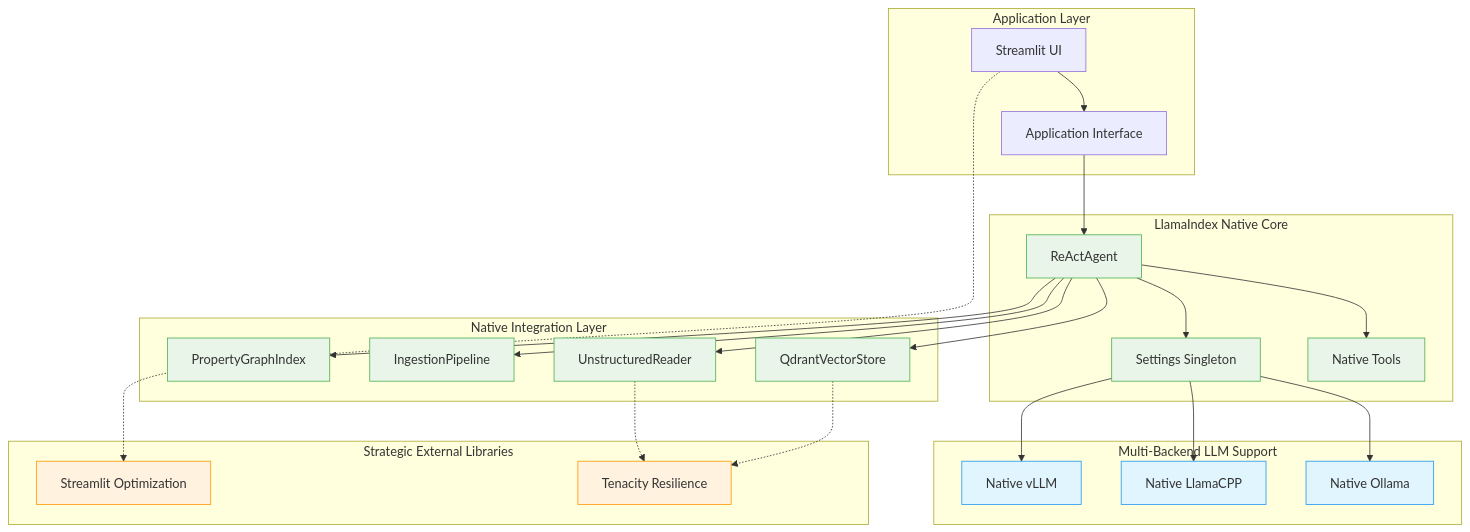
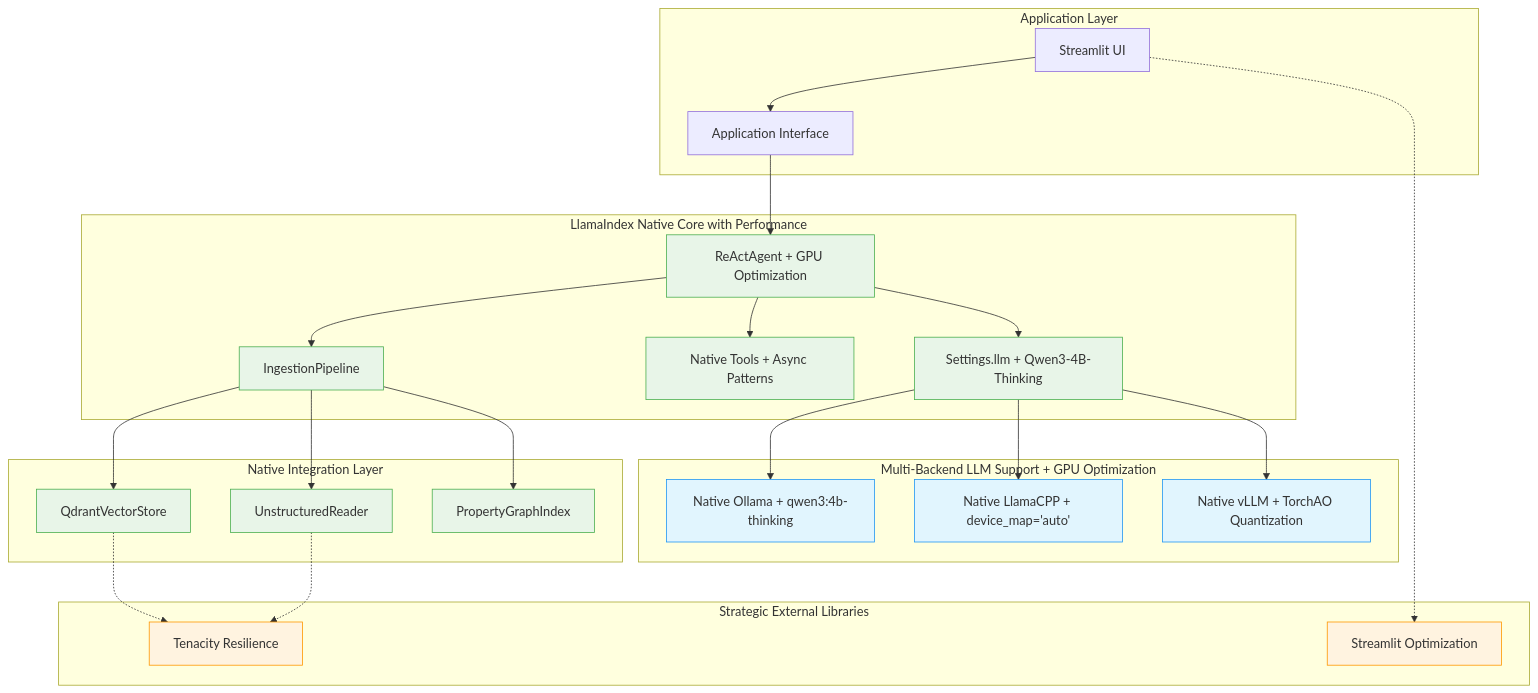
Before and after one commit to BjornMelin/docmind-ai-llm: the diagram in docs/adrs/021-llamaindex-native-architecture-consolidation.md, drawn with Mermaid. The commit also changed other lines of this file and 21 other files, not shown here.

First line of the commit message:
docs(adrs): update architecture decision records for unified LlamaIndex settings and performance enhancements

````diff
--- a/docs/adrs/021-llamaindex-native-architecture-consolidation.md
+++ b/docs/adrs/021-llamaindex-native-architecture-consolidation.md
@@ -119,55 +150,56 @@
 ```mermaid
 graph TB
     subgraph "Application Layer"
         UI[Streamlit UI]
         API[Application Interface]
     end
     
-    subgraph "LlamaIndex Native Core"
-        Settings[Settings Singleton]
-        Agent[ReActAgent]
-        Tools[Native Tools]
+    subgraph "LlamaIndex Native Core with Performance"
+        Settings["Settings.llm + Qwen3-4B-Thinking"]
+        Agent["ReActAgent + GPU Optimization"]
+        Tools["Native Tools + Async Patterns"]
+        Pipeline["QueryPipeline.parallel_run()"]
     end
     
-    subgraph "Multi-Backend LLM Support"
-        Ollama[Native Ollama]
-        LlamaCPP[Native LlamaCPP] 
-        vLLM[Native vLLM]
+    subgraph "Multi-Backend LLM Support + GPU Optimization"
+        Ollama["Native Ollama + qwen3:4b-thinking"]
+        LlamaCPP["Native LlamaCPP + device_map='auto'"]
+        vLLM["Native vLLM + TorchAO Quantization"]
     end
     
     subgraph "Native Integration Layer"
         VectorStore[QdrantVectorStore]
         DocReader[UnstructuredReader]
         Pipeline[IngestionPipeline]
         KnowledgeGraph[PropertyGraphIndex]
     end
     
     subgraph "Strategic External Libraries"
         Tenacity[Tenacity Resilience]
         StreamlitOpt[Streamlit Optimization]
     end
     
     UI --> API
     API --> Agent
     Agent --> Tools
     Agent --> Settings
+    Agent --> Pipeline
     Settings --> Ollama
     Settings --> LlamaCPP
     Settings --> vLLM
-    Agent --> VectorStore
-    Agent --> DocReader
-    Agent --> Pipeline
-    Agent --> KnowledgeGraph
+    Pipeline --> VectorStore
+    Pipeline --> DocReader
+    Pipeline --> KnowledgeGraph
     
     VectorStore -.-> Tenacity
     DocReader -.-> Tenacity
     UI -.-> StreamlitOpt
     
     classDef native fill:#e8f5e8,stroke:#4caf50
     classDef strategic fill:#fff3e0,stroke:#ff9800
     classDef backend fill:#e1f5fe,stroke:#2196f3
     
     class Settings,Agent,Tools,VectorStore,DocReader,Pipeline,KnowledgeGraph native
     class Tenacity,StreamlitOpt strategic
     class Ollama,LlamaCPP,vLLM backend
 ```
````
